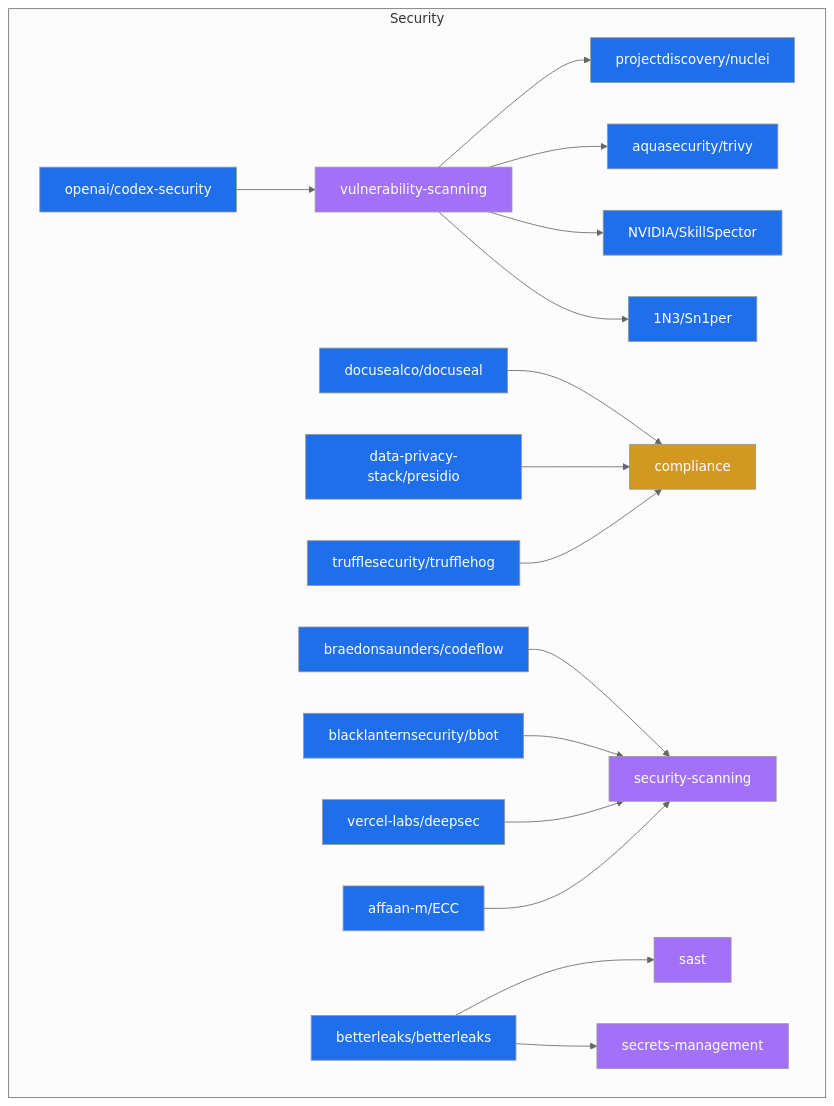
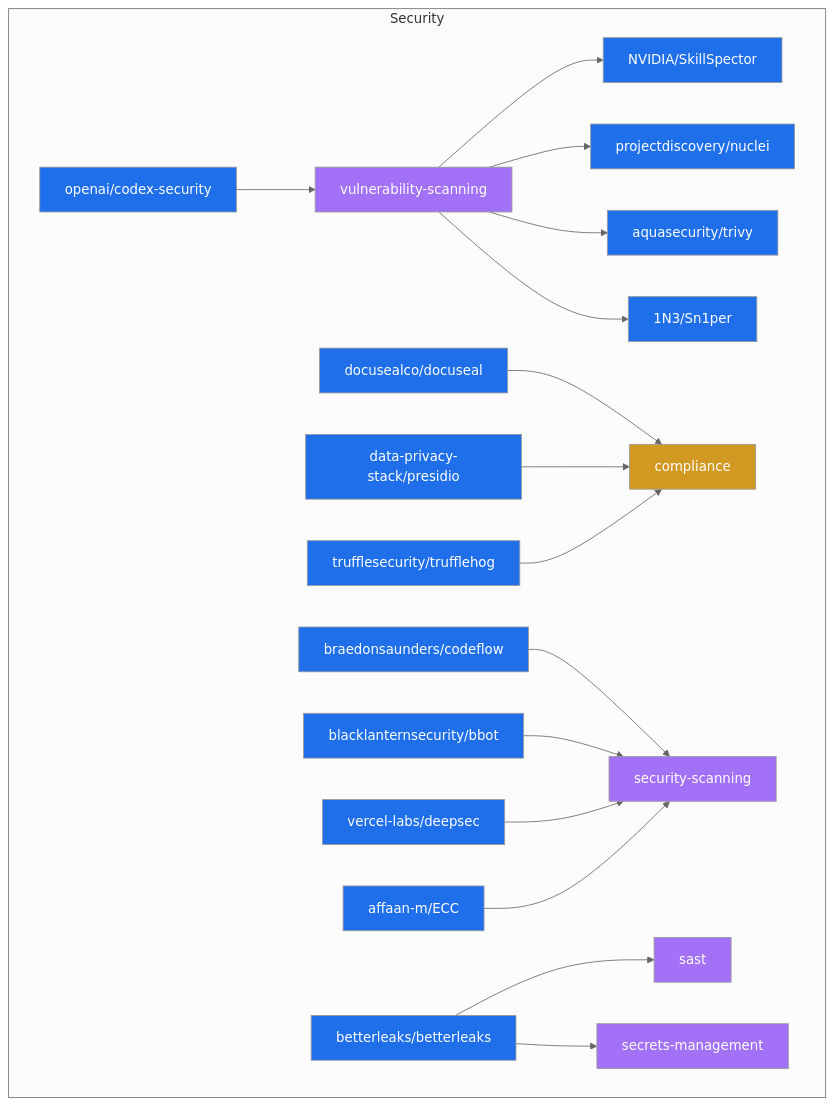
Before and after one commit to Meru143/star-graph: the diagram in data/star_graph_security.mermaid, drawn with Mermaid (neutral theme). The commit also changed other lines of this file and 17 other files, not shown here.

```diff
--- a/data/star_graph_security.mermaid
+++ b/data/star_graph_security.mermaid
@@ -1,40 +1,40 @@
 graph TD
   subgraph security ["Security"]
+    NVIDIA_SkillSpector["NVIDIA/SkillSpector"]:::repo
+    affaan_m_ECC["affaan-m/ECC"]:::repo
+    trufflesecurity_trufflehog["trufflesecurity/trufflehog"]:::repo
+    docusealco_docuseal["docusealco/docuseal"]:::repo
     vulnerability_scanning["vulnerability-scanning"]:::topic
+    secrets_management["secrets-management"]:::topic
+    betterleaks_betterleaks["betterleaks/betterleaks"]:::repo
+    security_scanning["security-scanning"]:::topic
+    compliance["compliance"]:::use_case
+    vercel_labs_deepsec["vercel-labs/deepsec"]:::repo
+    1N3_Sn1per["1N3/Sn1per"]:::repo
+    sast["sast"]:::topic
+    blacklanternsecurity_bbot["blacklanternsecurity/bbot"]:::repo
+    aquasecurity_trivy["aquasecurity/trivy"]:::repo
+    openai_codex_security["openai/codex-security"]:::repo
     braedonsaunders_codeflow["braedonsaunders/codeflow"]:::repo
-    1N3_Sn1per["1N3/Sn1per"]:::repo
-    trufflesecurity_trufflehog["trufflesecurity/trufflehog"]:::repo
-    blacklanternsecurity_bbot["blacklanternsecurity/bbot"]:::repo
-    affaan_m_ECC["affaan-m/ECC"]:::repo
-    vercel_labs_deepsec["vercel-labs/deepsec"]:::repo
     projectdiscovery_nuclei["projectdiscovery/nuclei"]:::repo
-    docusealco_docuseal["docusealco/docuseal"]:::repo
-    openai_codex_security["openai/codex-security"]:::repo
-    sast["sast"]:::topic
-    betterleaks_betterleaks["betterleaks/betterleaks"]:::repo
-    compliance["compliance"]:::use_case
-    aquasecurity_trivy["aquasecurity/trivy"]:::repo
-    NVIDIA_SkillSpector["NVIDIA/SkillSpector"]:::repo
-    security_scanning["security-scanning"]:::topic
     data_privacy_stack_presidio["data-privacy-stack/presidio"]:::repo
-    secrets_management["secrets-management"]:::topic
   end
   openai_codex_security --> vulnerability_scanning
   vulnerability_scanning --> projectdiscovery_nuclei
   vulnerability_scanning --> aquasecurity_trivy
   vulnerability_scanning --> NVIDIA_SkillSpector
   vulnerability_scanning --> 1N3_Sn1per
   docusealco_docuseal --> compliance
   data_privacy_stack_presidio --> compliance
   braedonsaunders_codeflow --> security_scanning
   trufflesecurity_trufflehog --> compliance
   betterleaks_betterleaks --> sast
   betterleaks_betterleaks --> secrets_management
   blacklanternsecurity_bbot --> security_scanning
   vercel_labs_deepsec --> security_scanning
   affaan_m_ECC --> security_scanning
   classDef repo fill:#1f6feb,color:#fff;
   classDef topic fill:#a371f7,color:#fff;
   classDef technology fill:#3fb950,color:#fff;
   classDef use_case fill:#d29922,color:#fff;
   classDef architecture fill:#f85149,color:#fff;
```
